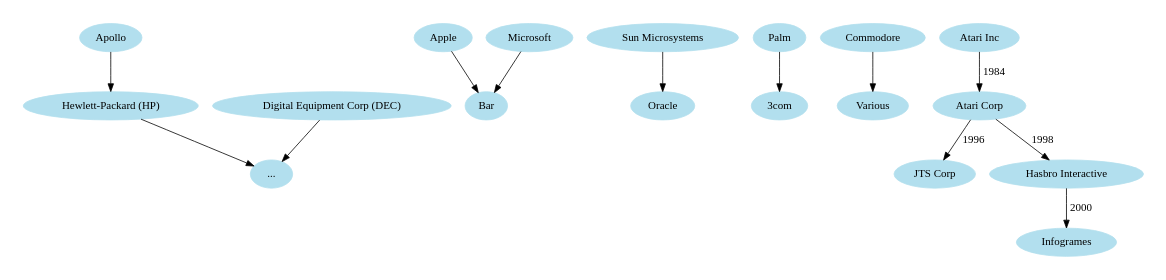
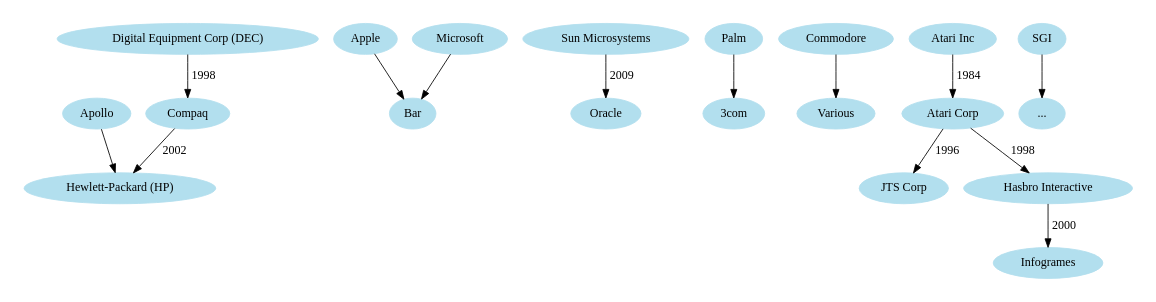
One commit to codejake/tech-companies-family-tree changed the diagram in tech-companies.dot. Above: the diagram before and after it, drawn with Graphviz. The commit also changed 1 other file, not shown here.

```diff
--- a/tech-companies.dot
+++ b/tech-companies.dot
@@ -1,17 +1,18 @@
 digraph techcompanies {
     size="6,6";
     node [color=lightblue2, style=filled];
     "Apollo" -> "Hewlett-Packard (HP)"; /* Founded 1980, Acquired 1989 */
-    "Digital Equipment Corp (DEC)" -> "...";
-    "Hewlett-Packard (HP)" -> "...";
+    "Digital Equipment Corp (DEC)" -> "Compaq" [label="1998"];
+    "Compaq" -> "Hewlett-Packard (HP)" [label="2002"];
     "Apple" -> "Bar";
     "Microsoft" -> "Bar";
-    "Sun Microsystems" -> "Oracle";
+    "Sun Microsystems" -> "Oracle" [label="2009"];
     "Palm" -> "3com";
     "Commodore" -> "Various";
     "Atari Inc" -> "Atari Corp" [label="1984"];
     "Atari Corp" -> "JTS Corp" [label="1996"];
     "Atari Corp" -> "Hasbro Interactive" [label="1998"];
     "Hasbro Interactive" -> "Infogrames" [label="2000"];
+    "SGI" -> "...";
 
 }
```
